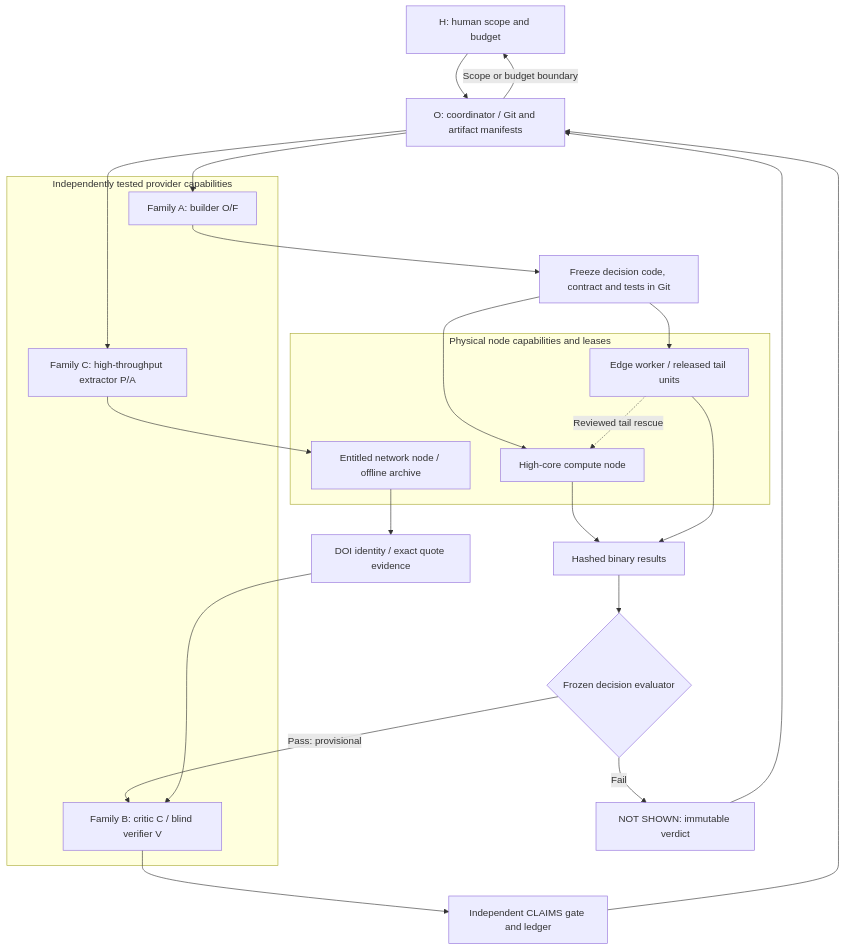
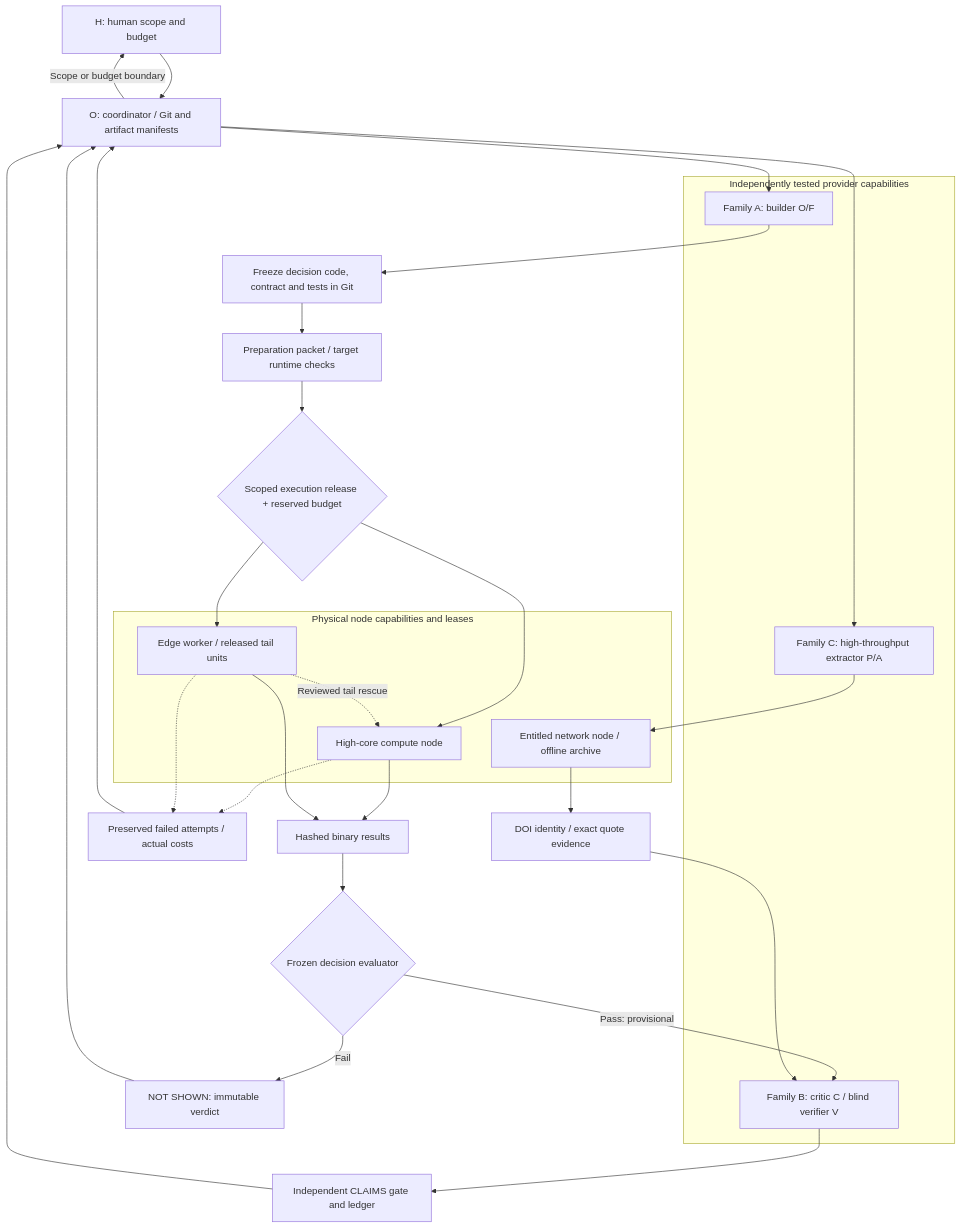
One commit to TianMingKanae/engineering-multi-ai-skills changed the diagram in README.md. Above: the diagram before and after it, drawn with Mermaid. The commit also changed other lines of this file and 29 other files, not shown here.

Commit message:
Release v0.4.0 execution integrity and lean orchestration

````diff
--- a/README.md
+++ b/README.md
@@ -10,32 +10,37 @@
 ```mermaid
 flowchart TD
     H["H: human scope and budget"] --> O["O: coordinator / Git and artifact manifests"]
     subgraph Providers["Independently tested provider capabilities"]
         B["Family A: builder O/F"]
         V["Family B: critic C / blind verifier V"]
         X["Family C: high-throughput extractor P/A"]
     end
     O --> B
     O --> X
     B --> R["Freeze decision code, contract and tests in Git"]
     subgraph Nodes["Physical node capabilities and leases"]
         N["Entitled network node / offline archive"]
         W["High-core compute node"]
         E["Edge worker / released tail units"]
     end
     X --> N
-    R --> W
-    R --> E
+    R --> Q["Preparation packet / target runtime checks"]
+    Q --> S{"Scoped execution release + reserved budget"}
+    S --> W
+    S --> E
     E -.->|Reviewed tail rescue| W
     W --> D["Hashed binary results"]
     E --> D
+    W -.-> A["Preserved failed attempts / actual costs"]
+    E -.-> A
+    A --> O
     D --> G{"Frozen decision evaluator"}
     G -->|Fail| F["NOT SHOWN: immutable verdict"]
     G -->|Pass: provisional| V
     N --> P["DOI identity / exact quote evidence"]
     P --> V
     V --> L["Independent CLAIMS gate and ledger"]
     F --> O
     L --> O
     O -->|Scope or budget boundary| H
 ```
````
